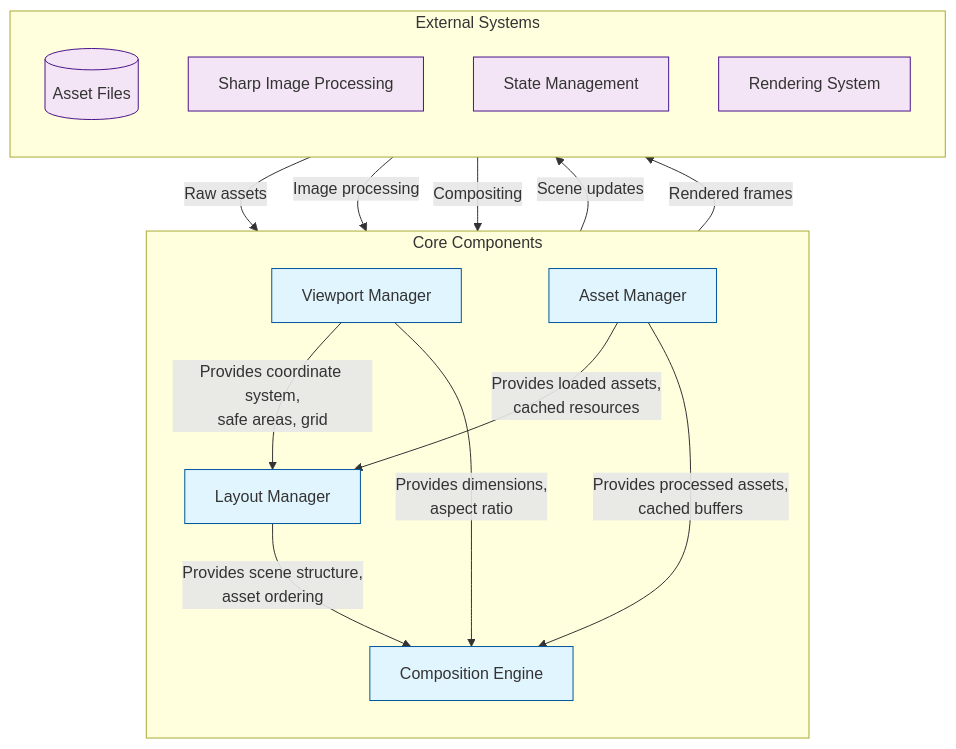
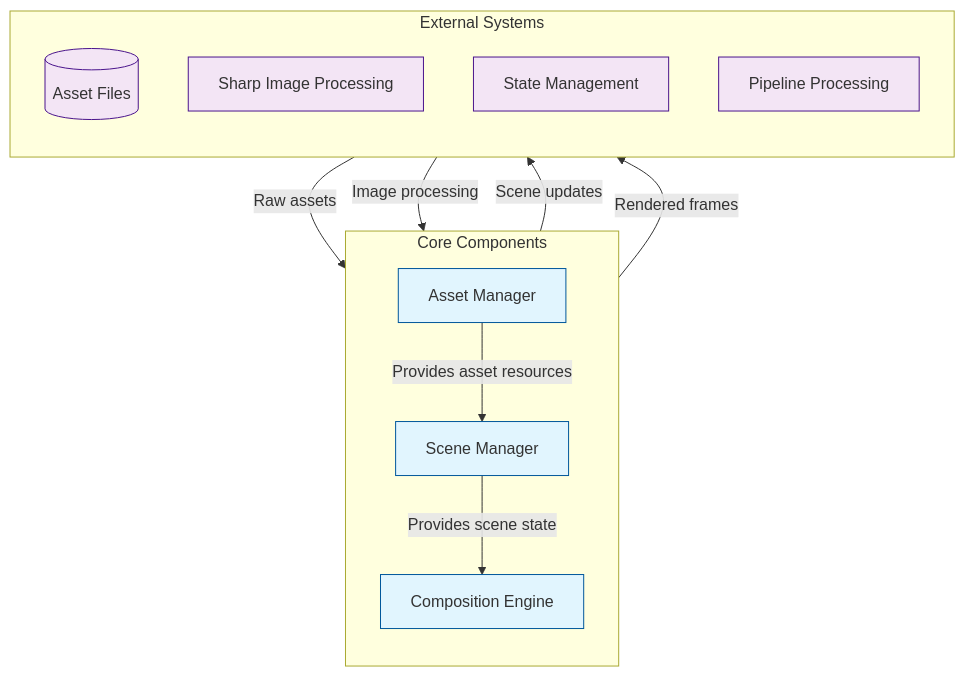
Before and after one commit to bigshellpliskin/sothebais: the first of 2 diagrams in apps/stream-manager/src/core/README.md, drawn with Mermaid. The commit also changed other lines of this file and 38 other files, not shown here.

First line of the commit message:
Refactor Stream Manager Core Architecture: Consolidate Scene and Composition Management

````diff
--- a/apps/stream-manager/src/core/README.md
+++ b/apps/stream-manager/src/core/README.md
@@ -8,38 +8,33 @@
 ```mermaid
 graph TD
     subgraph Core ["Core Components"]
         direction TB
-        Viewport[Viewport Manager]
-        Layout[Layout Manager]
+        Scene[Scene Manager]
         Assets[Asset Manager]
         Composition[Composition Engine]
         
         %% Core relationships
-        Viewport -->|"Provides coordinate system,\nsafe areas, grid"| Layout
-        Assets -->|"Provides loaded assets,\ncached resources"| Layout
-        Layout -->|"Provides scene structure,\nasset ordering"| Composition
-        Assets -->|"Provides processed assets,\ncached buffers"| Composition
-        Viewport -->|"Provides dimensions,\naspect ratio"| Composition
+        Assets -->|"Provides asset resources"| Scene
+        Scene -->|"Provides scene state"| Composition
     end
 
     subgraph External ["External Systems"]
         direction TB
         Files[(Asset Files)]
         Sharp[Sharp Image Processing]
         State[State Management]
-        Renderer[Rendering System]
+        Pipeline[Pipeline Processing]
         
         %% External relationships
         Files -->|"Raw assets"| Assets
-        Sharp -->|"Image processing"| Assets
-        Sharp -->|"Compositing"| Composition
-        Layout -->|"Scene updates"| State
-        Composition -->|"Rendered frames"| Renderer
+        Sharp -->|"Image processing"| Composition
+        Scene -->|"Scene updates"| State
+        Composition -->|"Rendered frames"| Pipeline
     end
 
     classDef core fill:#e1f5fe,stroke:#01579b;
     classDef external fill:#f3e5f5,stroke:#4a148c;
     
-    class Viewport,Layout,Assets,Composition core;
-    class Files,Sharp,State,Renderer external;
+    class Scene,Assets,Composition core;
+    class Files,Sharp,State,Pipeline external;
 ```
````
